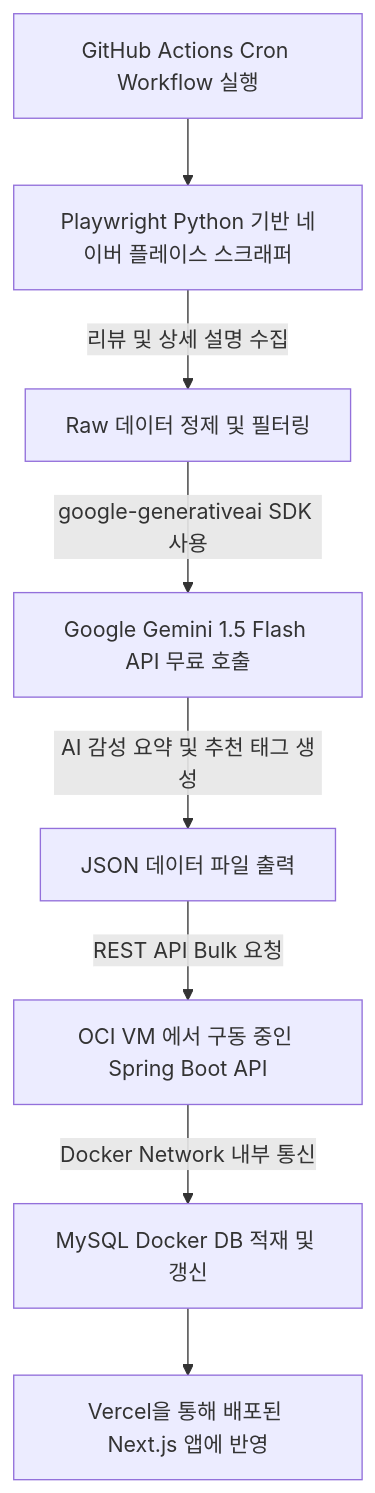
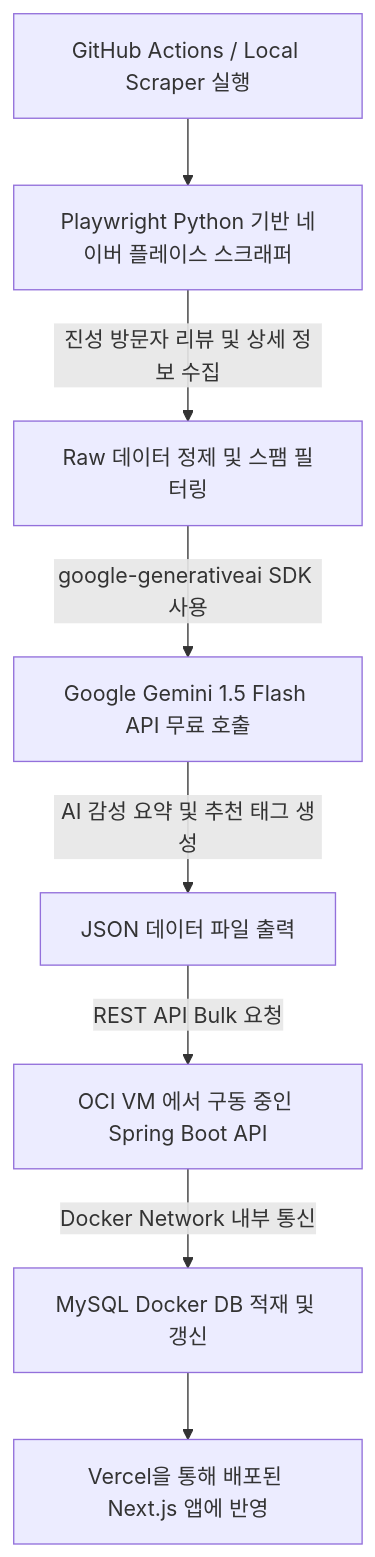
Before and after one commit to minari0v0/pickpl: the diagram in docs/crawling_plan.md, drawn with Mermaid. The commit also changed other lines of this file, not shown here.

````diff
--- a/docs/crawling_plan.md
+++ b/docs/crawling_plan.md
@@ -21,10 +21,10 @@
 ```mermaid
 graph TD
-    A[GitHub Actions Cron Workflow 실행] --> B[Playwright Python 기반 네이버 플레이스 스크래퍼]
-    B -->|리뷰 및 상세 설명 수집| C[Raw 데이터 정제 및 필터링]
+    A[GitHub Actions / Local Scraper 실행] --> B[Playwright Python 기반 네이버 플레이스 스크래퍼]
+    B -->|진성 방문자 리뷰 및 상세 정보 수집| C[Raw 데이터 정제 및 스팸 필터링]
     C -->|google-generativeai SDK 사용| D[Google Gemini 1.5 Flash API 무료 호출]
     D -->|AI 감성 요약 및 추천 태그 생성| E[JSON 데이터 파일 출력]
     E -->|REST API Bulk 요청| F[OCI VM 에서 구동 중인 Spring Boot API]
     F -->|Docker Network 내부 통신| G[MySQL Docker DB 적재 및 갱신]
     G --> H[Vercel을 통해 배포된 Next.js 앱에 반영]
 ```
````
